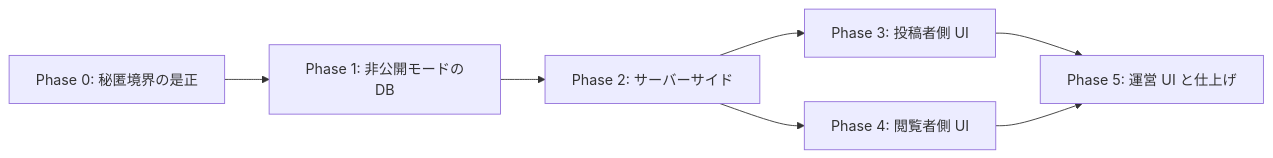
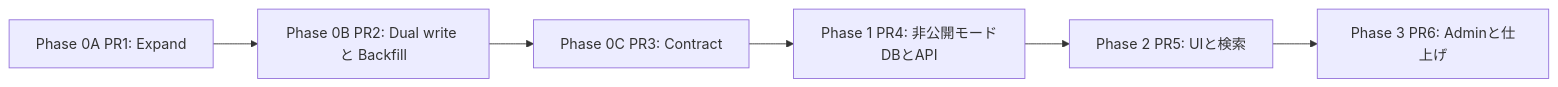
Before and after one commit to 3balljugglerYu/ai_coordinate: the sixth of 6 diagrams in docs/planning/free-prompt-private-mode-implementation-plan.md, drawn with Mermaid. The commit also changed other lines of this file, not shown here.

````diff
--- a/docs/planning/free-prompt-private-mode-implementation-plan.md
+++ b/docs/planning/free-prompt-private-mode-implementation-plan.md
@@ -386,9 +465,8 @@
 ```mermaid
 flowchart LR
-    P0["Phase 0: 秘匿境界の是正"] --> P1["Phase 1: 非公開モードのDB"]
-    P1 --> P2["Phase 2: サーバーサイド"]
-    P2 --> P3["Phase 3: 投稿者側 UI"]
-    P2 --> P4["Phase 4: 閲覧者側 UI"]
-    P3 --> P5["Phase 5: 運営 UI と仕上げ"]
-    P4 --> P5
+    P0A["Phase 0A PR1: Expand"] --> P0B["Phase 0B PR2: Dual write と Backfill"]
+    P0B --> P0C["Phase 0C PR3: Contract"]
+    P0C --> P1["Phase 1 PR4: 非公開モードDBとAPI"]
+    P1 --> P2["Phase 2 PR5: UIと検索"]
+    P2 --> P3["Phase 3 PR6: Adminと仕上げ"]
 ```
````
